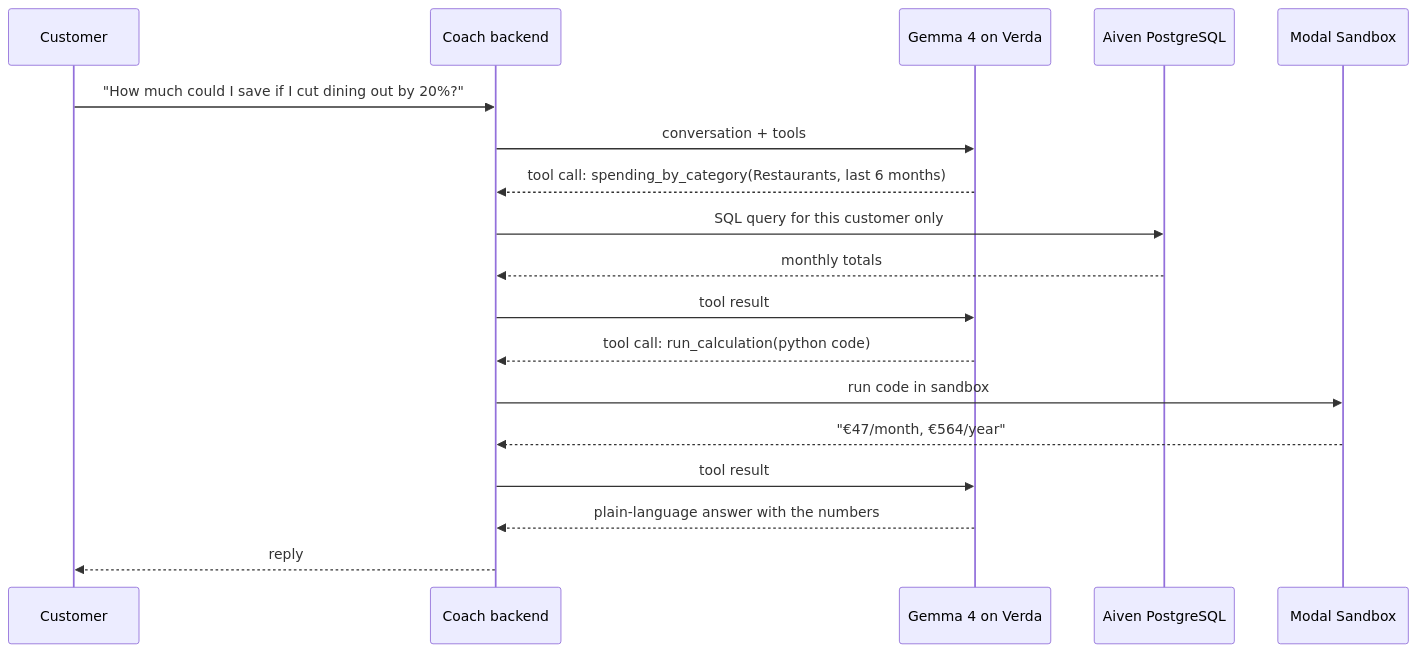
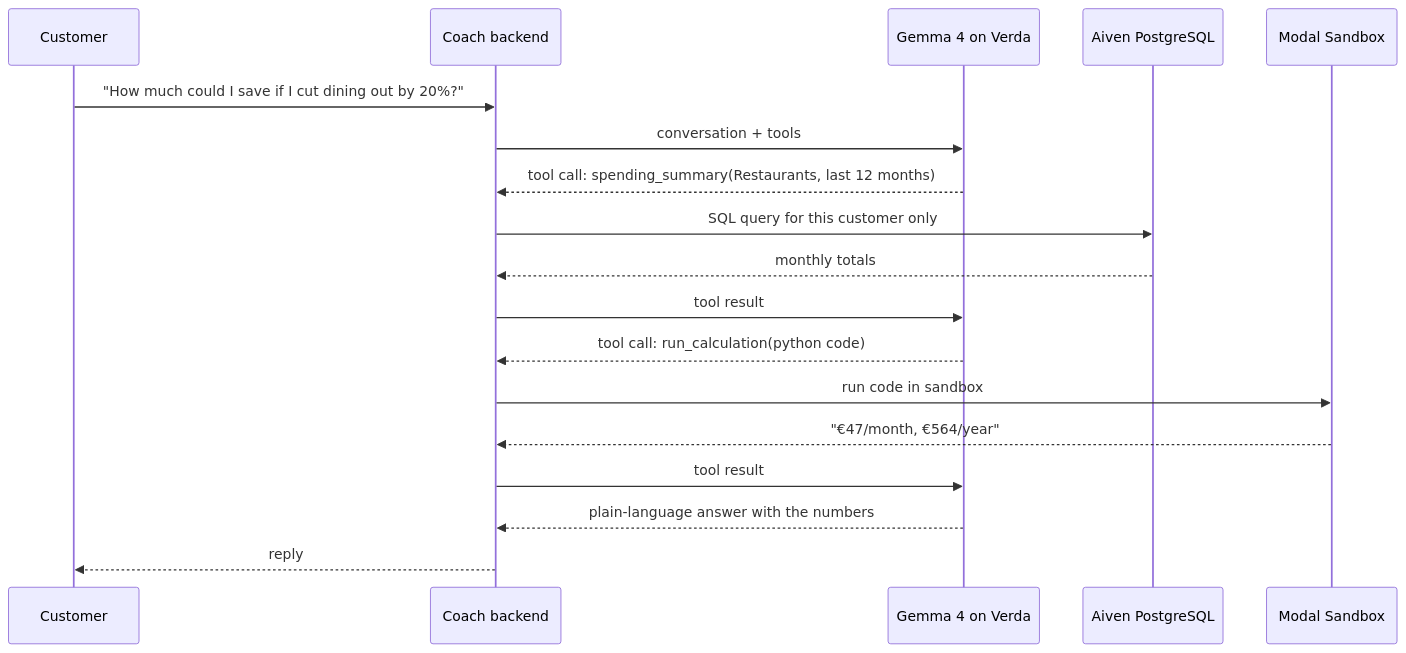
One commit to pinsionparoni/mountain-claude-boys-trek changed the second of 2 diagrams in TECH_STACK.md. Above: the diagram before and after it, drawn with Mermaid. The commit also changed other lines of this file and 9 other files, not shown here.

````diff
--- a/TECH_STACK.md
+++ b/TECH_STACK.md
@@ -51,21 +51,21 @@
 ```mermaid
 sequenceDiagram
     participant U as Customer
     participant A as Coach backend
     participant G as Gemma 4 on Verda
     participant D as Aiven PostgreSQL
     participant M as Modal Sandbox
 
     U->>A: "How much could I save if I cut dining out by 20%?"
     A->>G: conversation + tools
-    G-->>A: tool call: spending_by_category(Restaurants, last 6 months)
+    G-->>A: tool call: spending_summary(Restaurants, last 12 months)
     A->>D: SQL query for this customer only
     D-->>A: monthly totals
     A->>G: tool result
     G-->>A: tool call: run_calculation(python code)
     A->>M: run code in sandbox
     M-->>A: "€47/month, €564/year"
     A->>G: tool result
     G-->>A: plain-language answer with the numbers
     A-->>U: reply
 ```
````
